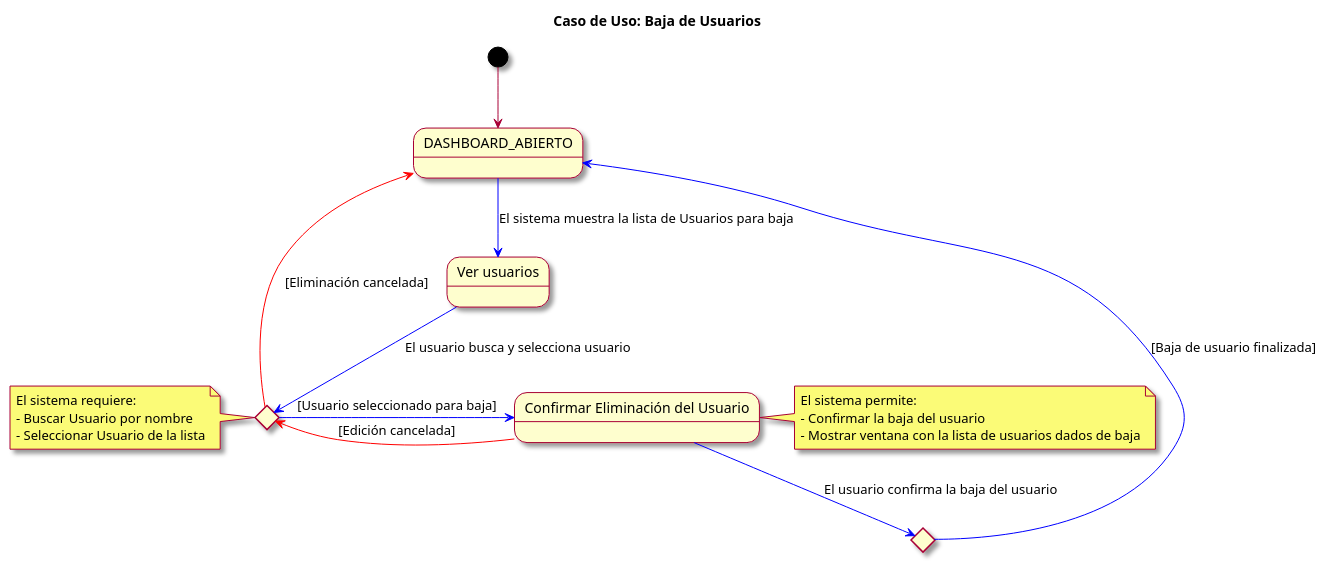
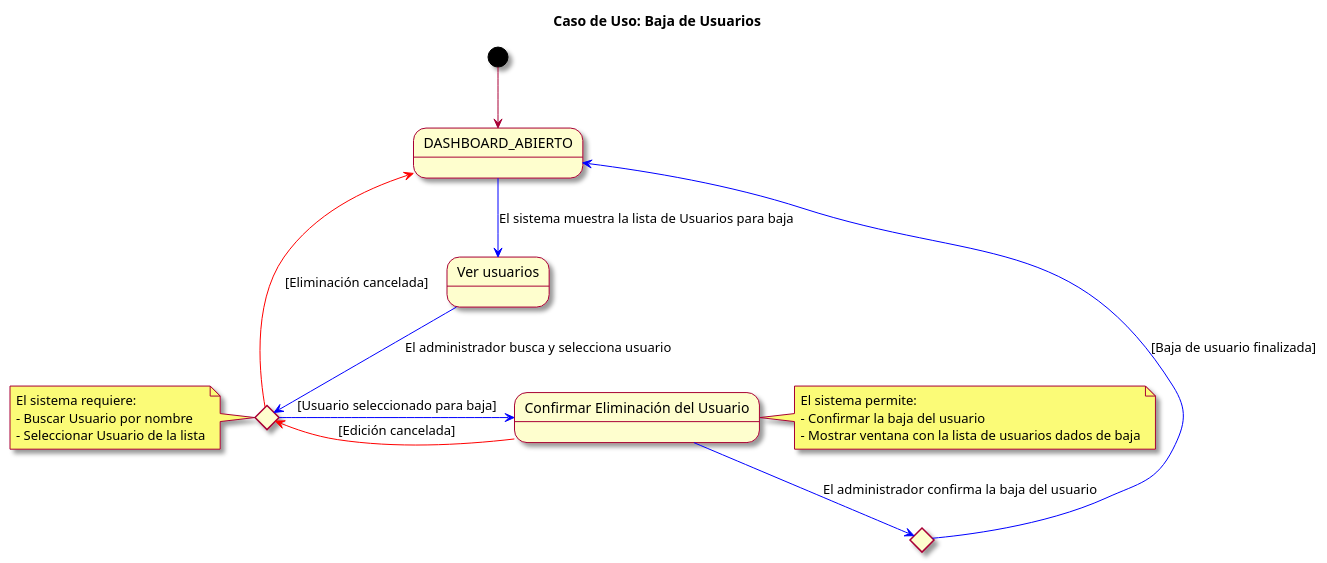
The diagram in modelosUML/casosDeUso/detalles/eliminarUsuario.puml (mmasias/23-24-IdSw1-SDR), drawn with PlantUML before and after one commit. The commit also changed 5 other files, not shown here.

Commit message:
fix: Diagramas de Casos de Uso

```diff
--- a/modelosUML/casosDeUso/detalles/eliminarUsuario.puml
+++ b/modelosUML/casosDeUso/detalles/eliminarUsuario.puml
@@ -1,32 +1,32 @@
-@startuml
+@startuml eliminarUsuario
 skin rose
 title Caso de Uso: Baja de Usuarios
 
 state DASHBOARD_ABIERTO as "DASHBOARD_ABIERTO"
 state ListaUsuariosBaja as "Ver usuarios"
 state SeleccionarUsuarioBaja <<choice>>
 state ConfirmarEliminarUsuario as "Confirmar Eliminación del Usuario"
 state BajaUsuarioFinalizada <<choice>>
 
 [*] -d-> DASHBOARD_ABIERTO
 DASHBOARD_ABIERTO -d[#blue]-> ListaUsuariosBaja : El sistema muestra la lista de Usuarios para baja
-ListaUsuariosBaja -d[#blue]-> SeleccionarUsuarioBaja : El usuario busca y selecciona usuario
+ListaUsuariosBaja -d[#blue]-> SeleccionarUsuarioBaja : El administrador busca y selecciona usuario
 SeleccionarUsuarioBaja -r[#blue]-> ConfirmarEliminarUsuario : [Usuario seleccionado para baja]
-ConfirmarEliminarUsuario -d[#blue]-> BajaUsuarioFinalizada : El usuario confirma la baja del usuario
+ConfirmarEliminarUsuario -d[#blue]-> BajaUsuarioFinalizada : El administrador confirma la baja del usuario
 BajaUsuarioFinalizada -r[#blue]-> DASHBOARD_ABIERTO : [Baja de usuario finalizada]
 SeleccionarUsuarioBaja -l[#red]-> DASHBOARD_ABIERTO : [Eliminación cancelada]
 ConfirmarEliminarUsuario -l[#red]-> SeleccionarUsuarioBaja : [Edición cancelada]
 
 note right of ConfirmarEliminarUsuario
   El sistema permite:
   - Confirmar la baja del usuario
   - Mostrar ventana con la lista de usuarios dados de baja
 end note
 
 note left of SeleccionarUsuarioBaja
   El sistema requiere:
   - Buscar Usuario por nombre
   - Seleccionar Usuario de la lista
 end note
 
 @enduml
```
